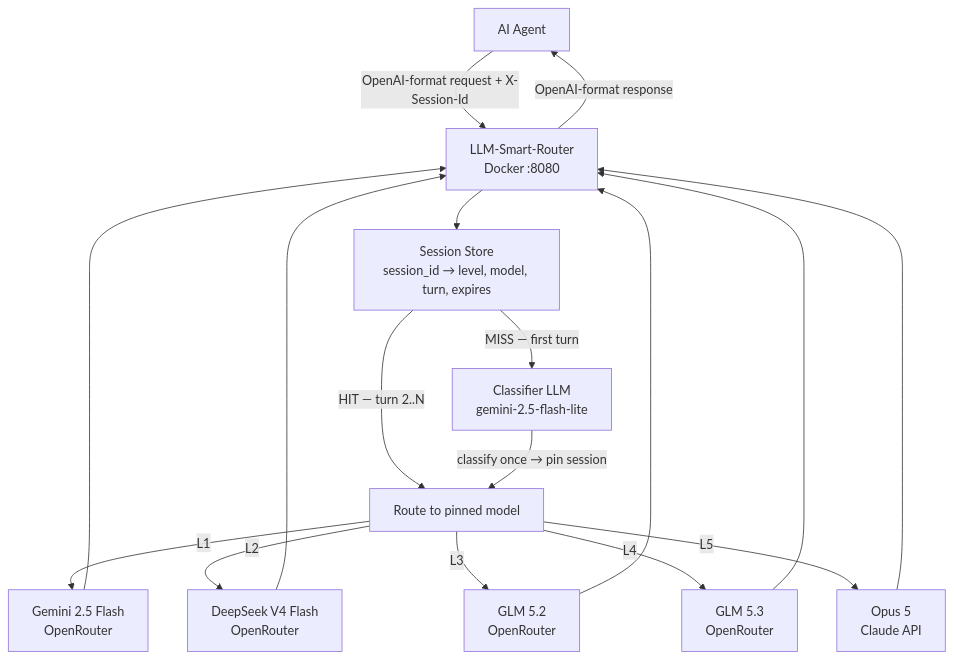
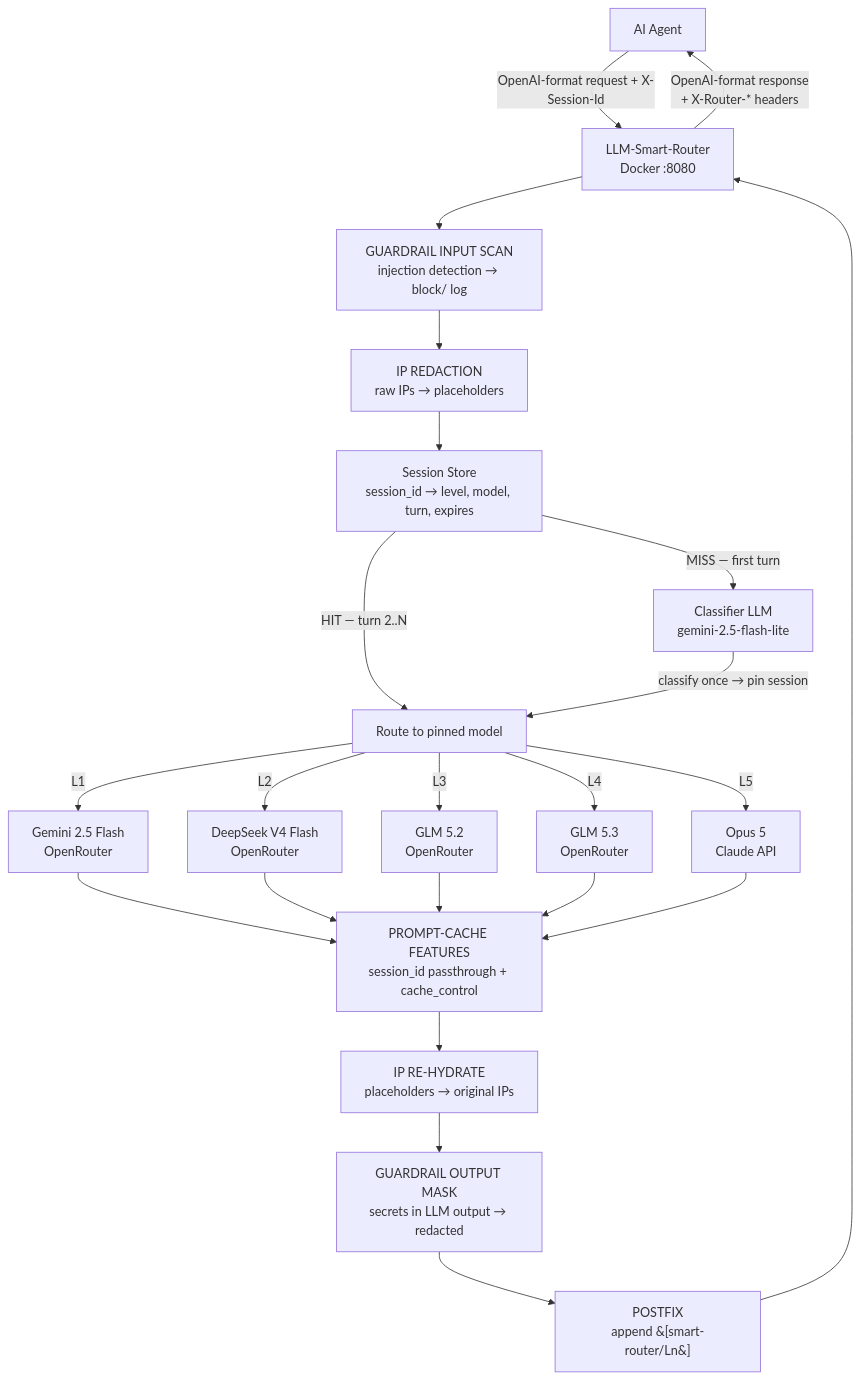
One commit to Green-Needle-Tech/llm-smart-router changed the first of 2 diagrams in llm-smart-router-spec.md. Above: the diagram before and after it, drawn with Mermaid. The commit also changed other lines of this file, not shown here.

Commit message:
docs: update §1.3 primary user flow with v2.1 middleware
Add guardrail input scan, IP redaction, prompt-cache features, IP
re-hydration, guardrail output mask, and postfix to the user flow
diagram. Quote all node labels and edge labels to prevent Mermaid
parse errors.

````diff
--- a/llm-smart-router-spec.md
+++ b/llm-smart-router-spec.md
@@ -40,23 +40,29 @@
 ```mermaid
 flowchart TD
-    A[AI Agent] -->|OpenAI-format request + X-Session-Id| B[LLM-Smart-Router<br/>Docker :8080]
-    B -->|OpenAI-format response| A
-    B --> S[Session Store<br/>session_id → level, model, turn, expires]
+    A[AI Agent] -->|"OpenAI-format request + X-Session-Id"| B["LLM-Smart-Router<br/>Docker :8080"]
+    B -->|"OpenAI-format response<br/>+ X-Router-* headers"| A
+    B --> G["GUARDRAIL INPUT SCAN<br/>injection detection → block/ log"]
+    G --> P["IP REDACTION<br/>raw IPs → placeholders"]
+    P --> S["Session Store<br/>session_id → level, model, turn, expires"]
 
-    S -->|MISS — first turn| C[Classifier LLM<br/>gemini-2.5-flash-lite]
-    S -->|HIT — turn 2..N| R[Route to pinned model]
+    S -->|"MISS — first turn"| C["Classifier LLM<br/>gemini-2.5-flash-lite"]
+    S -->|"HIT — turn 2..N"| R["Route to pinned model"]
 
-    C -->|classify once → pin session| R
+    C -->|"classify once → pin session"| R
 
-    R -->|L1| M1[Gemini 2.5 Flash<br/>OpenRouter]
-    R -->|L2| M2[DeepSeek V4 Flash<br/>OpenRouter]
-    R -->|L3| M3[GLM 5.2<br/>OpenRouter]
-    R -->|L4| M4[GLM 5.3<br/>OpenRouter]
-    R -->|L5| M5[Opus 5<br/>Claude API]
+    R -->|"L1"| M1["Gemini 2.5 Flash<br/>OpenRouter"]
+    R -->|"L2"| M2["DeepSeek V4 Flash<br/>OpenRouter"]
+    R -->|"L3"| M3["GLM 5.2<br/>OpenRouter"]
+    R -->|"L4"| M4["GLM 5.3<br/>OpenRouter"]
+    R -->|"L5"| M5["Opus 5<br/>Claude API"]
 
-    M1 --> B
-    M2 --> B
-    M3 --> B
-    M4 --> B
-    M5 --> B
+    M1 --> PC["PROMPT-CACHE FEATURES<br/>session_id passthrough + cache_control"]
+    M2 --> PC
+    M3 --> PC
+    M4 --> PC
+    M5 --> PC
+    PC --> RH["IP RE-HYDRATE<br/>placeholders → original IPs"]
+    RH --> OM["GUARDRAIL OUTPUT MASK<br/>secrets in LLM output → redacted"]
+    OM --> PF["POSTFIX<br/>append &#91;smart-router/Ln&#93;"]
+    PF --> B
 ```
````
